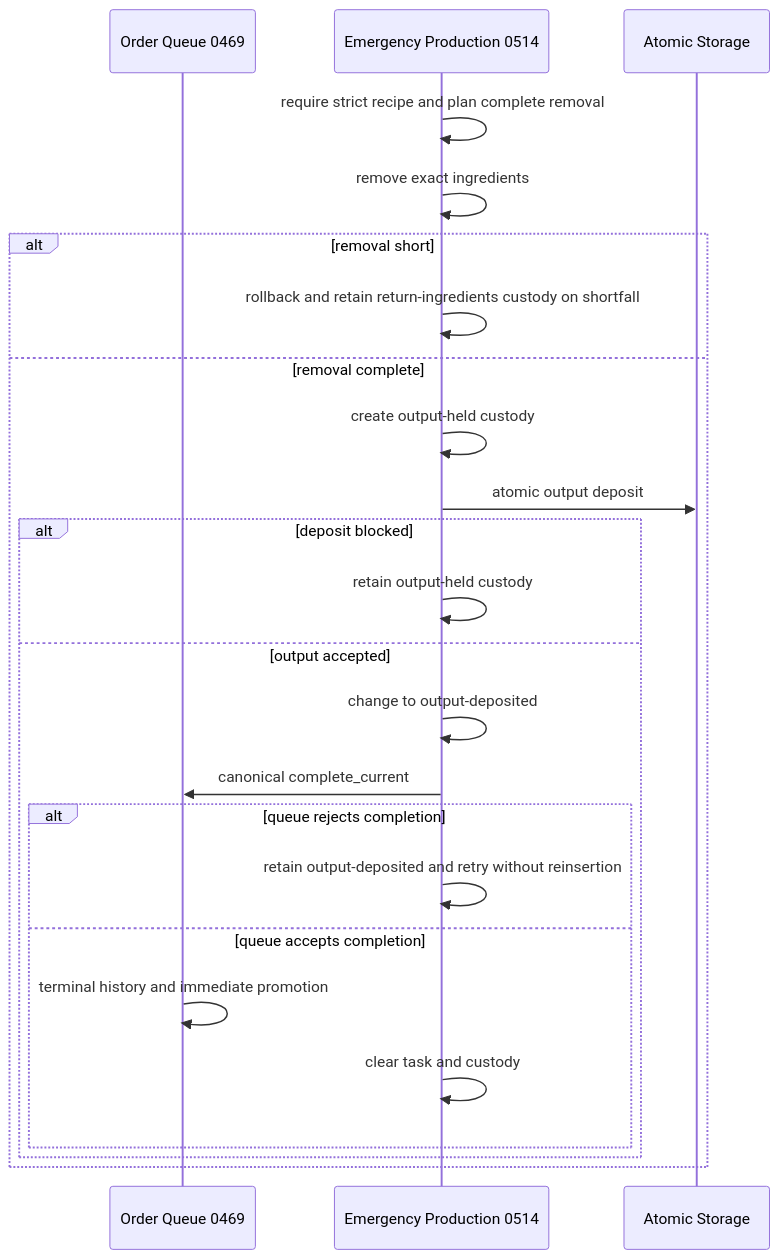
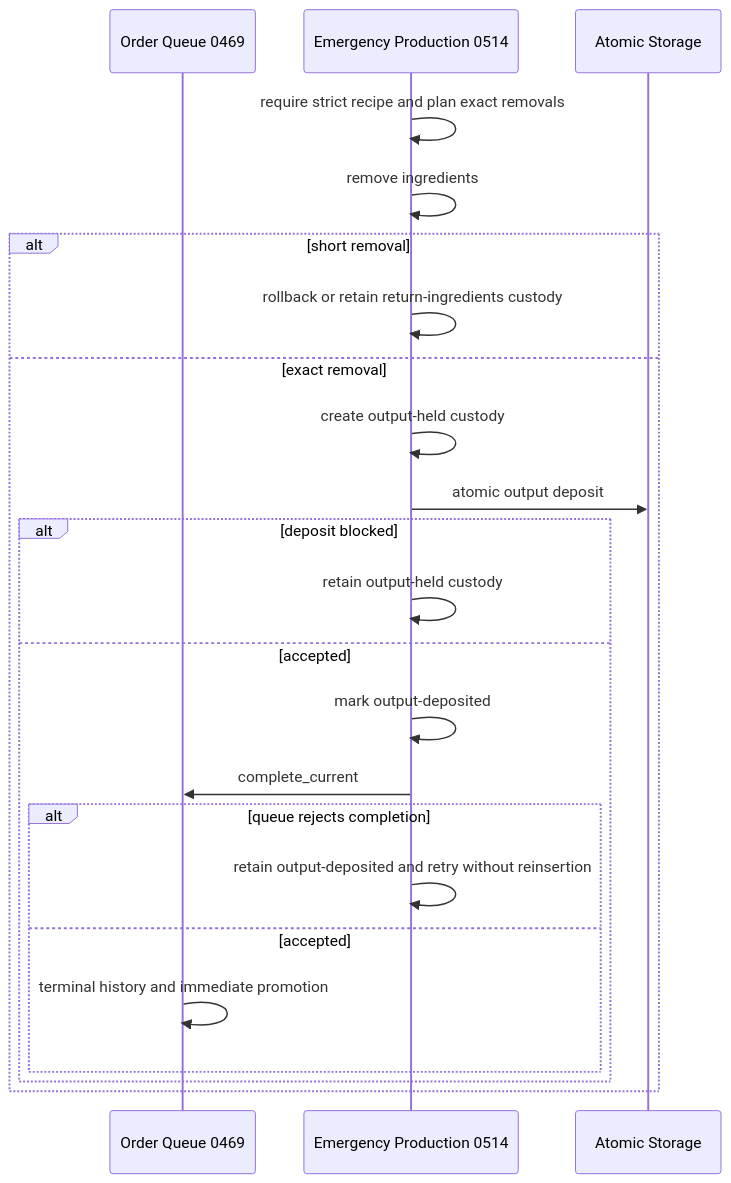
One commit to mrcalzon02/Tech-Priests changed the fifth of 11 diagrams in docs/RECOVERY_AUTHORITY_MAP_CURRENT.md. Above: the diagram before and after it, drawn with Mermaid. The commit also changed other lines of this file, not shown here.

````diff
--- a/docs/RECOVERY_AUTHORITY_MAP_CURRENT.md
+++ b/docs/RECOVERY_AUTHORITY_MAP_CURRENT.md
@@ -128,27 +115,25 @@
 ```mermaid
 sequenceDiagram
     participant Q as Order Queue 0469
     participant E as Emergency Production 0514
     participant S as Atomic Storage
-
-    E->>E: require strict recipe and plan complete removal
-    E->>E: remove exact ingredients
-    alt removal short
-        E->>E: rollback and retain return-ingredients custody on shortfall
-    else removal complete
+    E->>E: require strict recipe and plan exact removals
+    E->>E: remove ingredients
+    alt short removal
+        E->>E: rollback or retain return-ingredients custody
+    else exact removal
         E->>E: create output-held custody
         E->>S: atomic output deposit
         alt deposit blocked
             E->>E: retain output-held custody
-        else output accepted
-            E->>E: change to output-deposited
-            E->>Q: canonical complete_current
+        else accepted
+            E->>E: mark output-deposited
+            E->>Q: complete_current
             alt queue rejects completion
                 E->>E: retain output-deposited and retry without reinsertion
-            else queue accepts completion
+            else accepted
                 Q->>Q: terminal history and immediate promotion
-                E->>E: clear task and custody
             end
         end
     end
 ```
````
